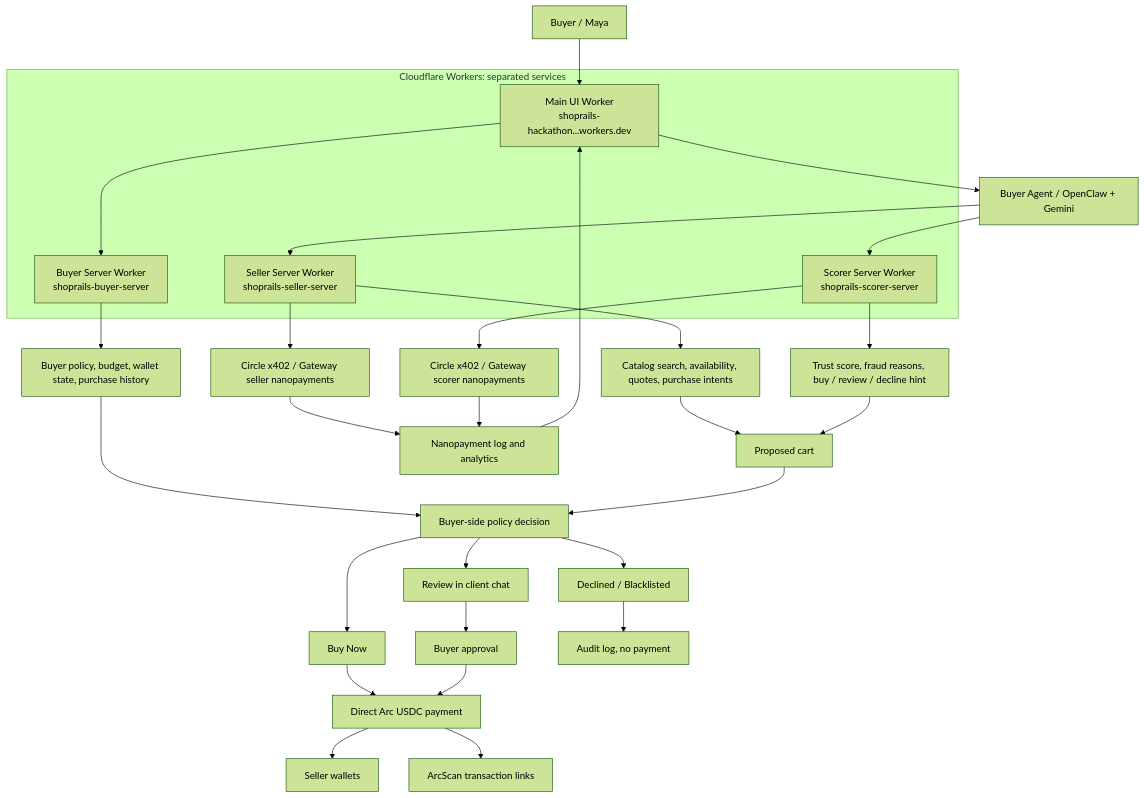
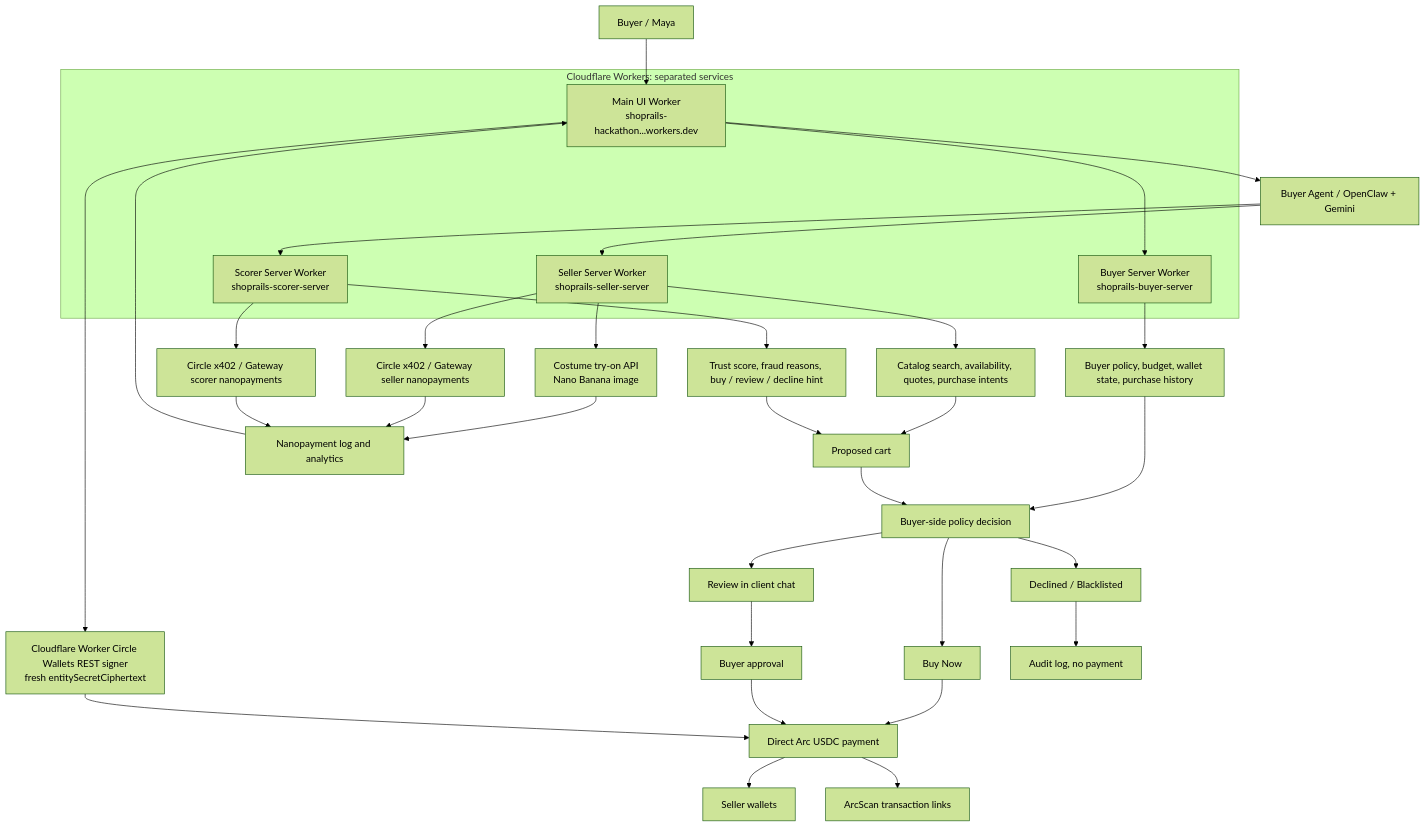
One commit to kirilligum/shoprails-hackathon-Agentic-Economy-on-Arc-2026-04 changed the diagram in README.md. Above: the diagram before and after it, drawn with Mermaid (forest theme). The commit also changed other lines of this file and 15 other files, not shown here.

Commit message:
Add virtual costume try-on nano flow

````diff
--- a/README.md
+++ b/README.md
@@ -59,42 +62,46 @@
 ```mermaid
 flowchart TD
   Buyer["Buyer / Maya"] --> UI["Main UI Worker<br/>shoprails-hackathon...workers.dev"]
 
   subgraph CF["Cloudflare Workers: separated services"]
     UI
     BuyerW["Buyer Server Worker<br/>shoprails-buyer-server"]
     SellerW["Seller Server Worker<br/>shoprails-seller-server"]
     ScorerW["Scorer Server Worker<br/>shoprails-scorer-server"]
   end
 
   UI --> BuyerW
   BuyerW --> PolicyData["Buyer policy, budget, wallet state, purchase history"]
   UI --> Agent["Buyer Agent / OpenClaw + Gemini"]
 
   Agent --> SellerW
   SellerW --> SellerAPIs["Catalog search, availability, quotes, purchase intents"]
   SellerAPIs --> Cart["Proposed cart"]
+  SellerW --> TryOn["Costume try-on API<br/>Nano Banana image"]
+  TryOn --> NanoLog
 
   Agent --> ScorerW
   ScorerW --> Score["Trust score, fraud reasons, buy / review / decline hint"]
   Score --> Cart
 
   SellerW --> SellerNano["Circle x402 / Gateway seller nanopayments"]
   ScorerW --> ScorerNano["Circle x402 / Gateway scorer nanopayments"]
   SellerNano --> NanoLog["Nanopayment log and analytics"]
   ScorerNano --> NanoLog
   NanoLog --> UI
 
   PolicyData --> Decision["Buyer-side policy decision"]
   Cart --> Decision
   Decision --> BuyNow["Buy Now"]
   Decision --> Review["Review in client chat"]
   Decision --> Block["Declined / Blacklisted"]
 
   Review --> Approval["Buyer approval"]
   BuyNow --> ArcPay["Direct Arc USDC payment"]
   Approval --> ArcPay
+  UI --> FreshSigner["Cloudflare Worker Circle Wallets REST signer<br/>fresh entitySecretCiphertext"]
+  FreshSigner --> ArcPay
   ArcPay --> SellerWallets["Seller wallets"]
   ArcPay --> ArcProof["ArcScan transaction links"]
   Block --> Audit["Audit log, no payment"]
 ```
````
